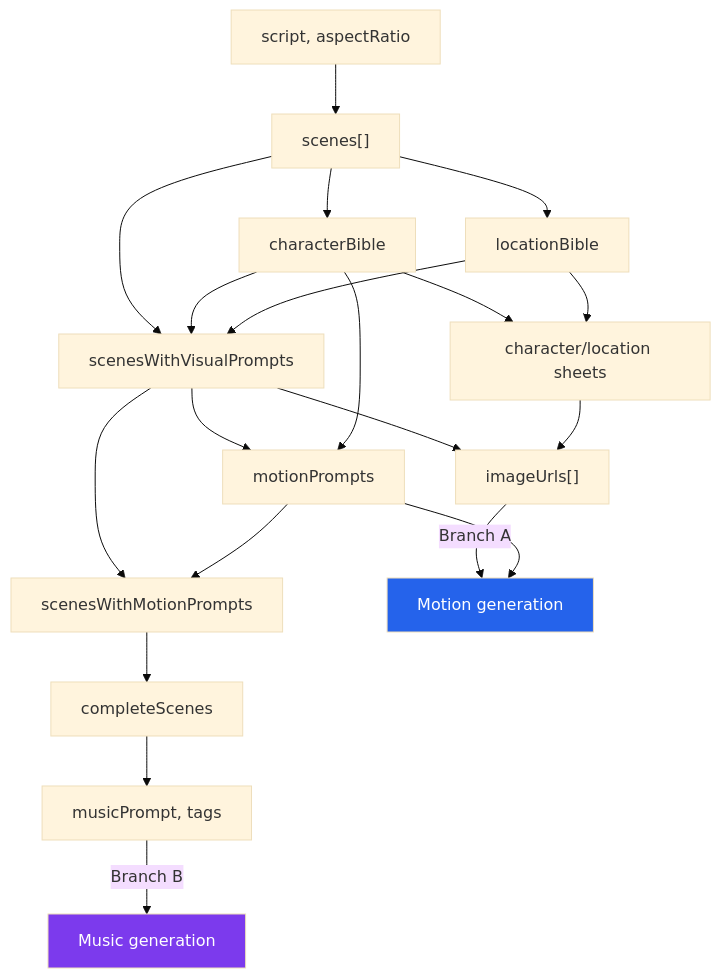
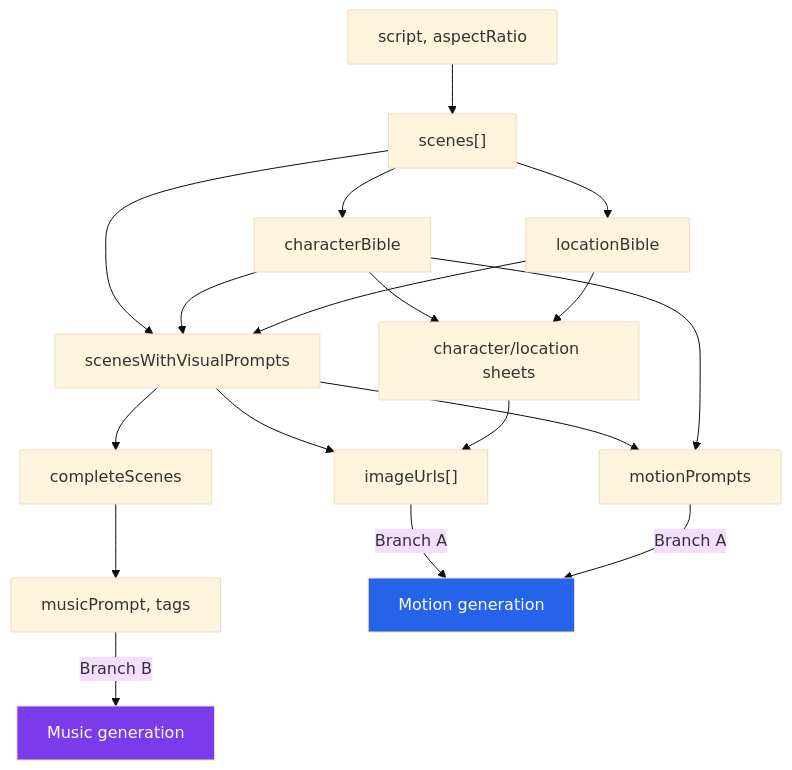
Before and after one commit to hhwjsw711/openstory: the first of 2 diagrams in docs/workflow-optimized.md, drawn with Mermaid (base theme). The commit also changed other lines of this file, not shown here.

First line of the commit message:
Parallelize motion prompts with image gen and decouple audio from motion data #407

````diff
--- a/docs/workflow-optimized.md
+++ b/docs/workflow-optimized.md
@@ -29,42 +29,38 @@
 ```mermaid
 flowchart TD
     Script["script, aspectRatio"]
     Scenes["scenes[]"]
     CharBible["characterBible"]
     LocBible["locationBible"]
     VisPrompts["scenesWithVisualPrompts"]
     MotPrompts["motionPrompts"]
     Sheets["character/location sheets"]
     Images["imageUrls[]"]
-    ScenesMotion["scenesWithMotionPrompts"]
     AudioOut["completeScenes"]
     MusicPromptOut["musicPrompt, tags"]
 
     Script --> Scenes
     Scenes --> CharBible
     Scenes --> LocBible
     Scenes --> VisPrompts
     CharBible --> VisPrompts
     LocBible --> VisPrompts
     CharBible --> Sheets
     LocBible --> Sheets
     VisPrompts --> MotPrompts
     CharBible --> MotPrompts
 
     VisPrompts --> Images
     Sheets --> Images
 
-    VisPrompts --> ScenesMotion
-    MotPrompts --> ScenesMotion
-
-    ScenesMotion --> AudioOut
+    VisPrompts --> AudioOut
     AudioOut --> MusicPromptOut
 
     Images -->|"Branch A"| MotionGen["Motion generation"]
-    MotPrompts --> MotionGen
+    MotPrompts -->|"Branch A"| MotionGen
 
     MusicPromptOut -->|"Branch B"| MusicGen["Music generation"]
 
     style MotionGen fill:#2563eb,color:#fff
     style MusicGen fill:#7c3aed,color:#fff
 ```
````
